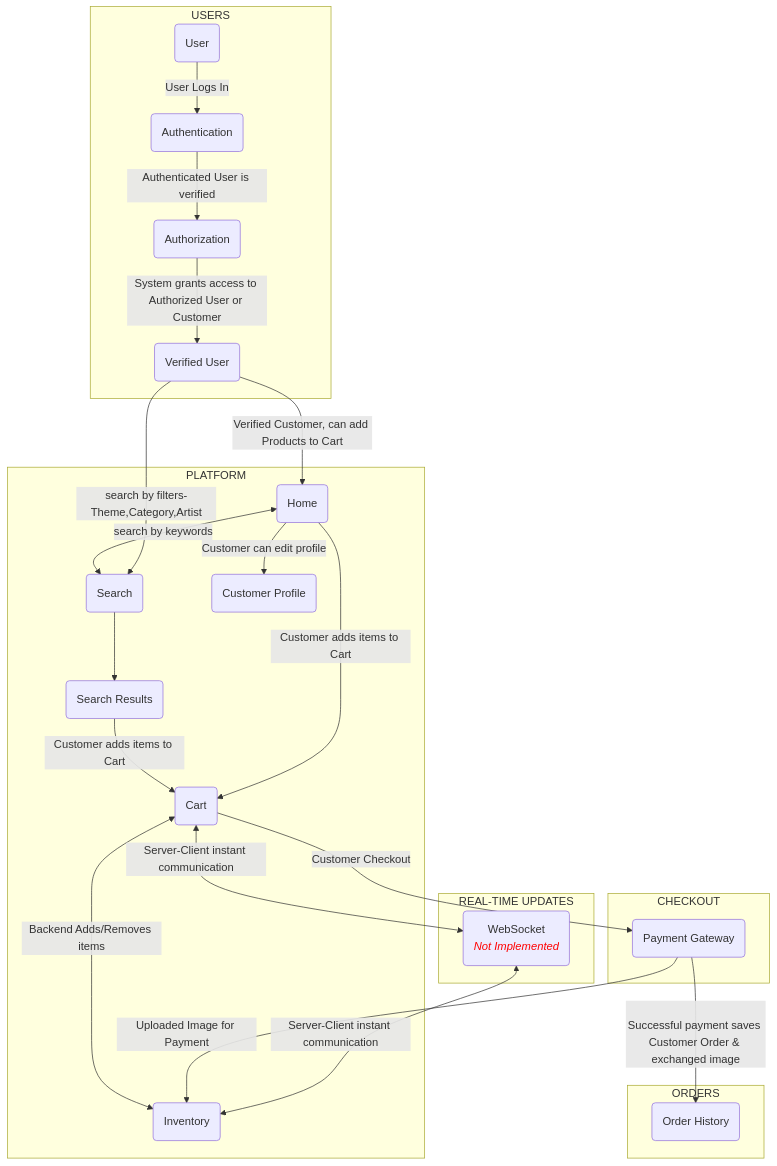
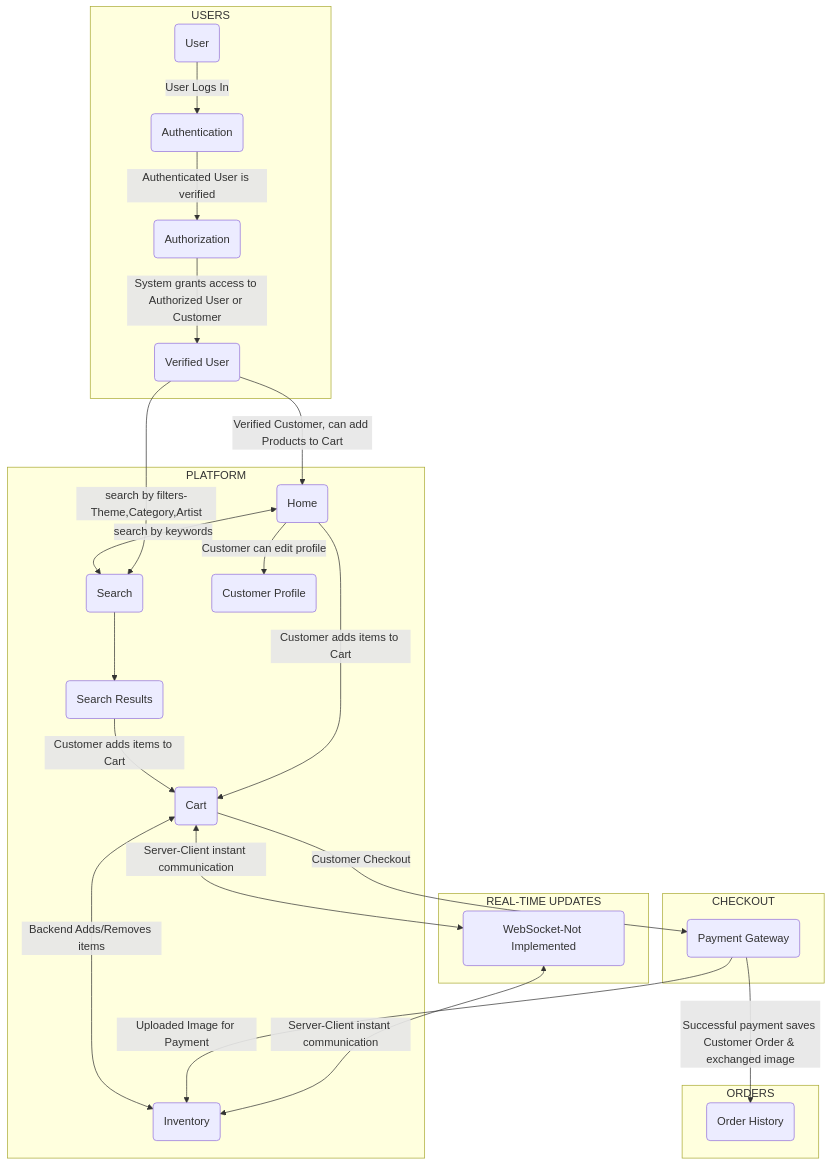
One commit to prak112/Image-Barter-Bazaar changed the diagram in README.md. Above: the diagram before and after it, drawn with Mermaid.

Commit message:
remove schematic styling

````diff
--- a/README.md
+++ b/README.md
@@ -46,51 +46,51 @@
 ```mermaid
 graph TB
 
 subgraph USERS
   A(User)
   B(Authentication)
   C(Authorization)
   J(Verified User)
 
   A -->|User Logs In| B
   B -->|Authenticated User is verified| C
   C -->|System grants access to Authorized User or Customer| J
 end
 
 subgraph PLATFORM
   D(Home)
   E(Search)
   F(Search Results)
   G(Cart)
   H(Inventory)
   K(Customer Profile)
   D <-->|search by keywords| E
   E -->F
   F -->|Customer adds items to Cart| G
   G <-->|Backend Adds/Removes items| H
   D -->|Customer can edit profile| K
   D -->|Customer adds items to Cart| G
 end
 
 subgraph REAL-TIME UPDATES
-  I(WebSocket<br><em style="color: red;">Not Implemented</em>)
+  I(WebSocket-Not Implemented)
 end
 
 subgraph CHECKOUT
   L(Payment Gateway)
   G -->|Customer Checkout|L
   L-->|Uploaded Image for Payment| H
 end
 
 subgraph ORDERS
   M(Order History)
   L -->|<br>Successful payment saves Customer Order & exchanged image|M
 end
 
 G <-->|Server-Client instant communication| I
 I <-->|Server-Client instant communication| H
 J -->|Verified Customer, can add Products to Cart| D
 J -->|search by filters-Theme,Category,Artist| E
 
 
 ```
````
